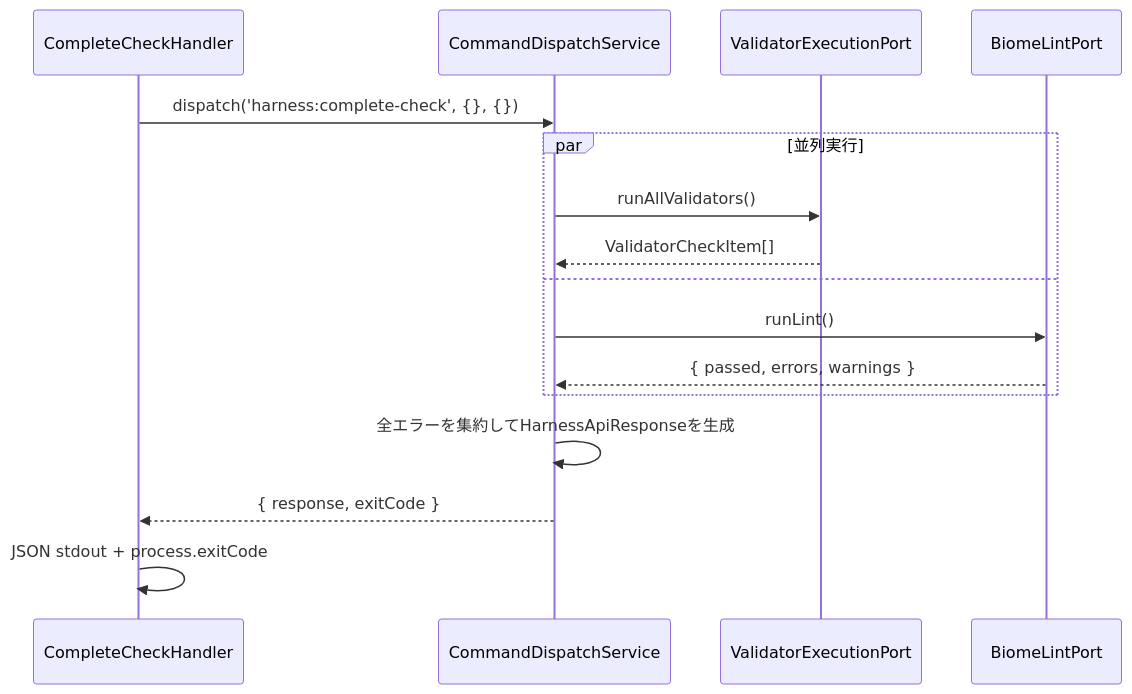
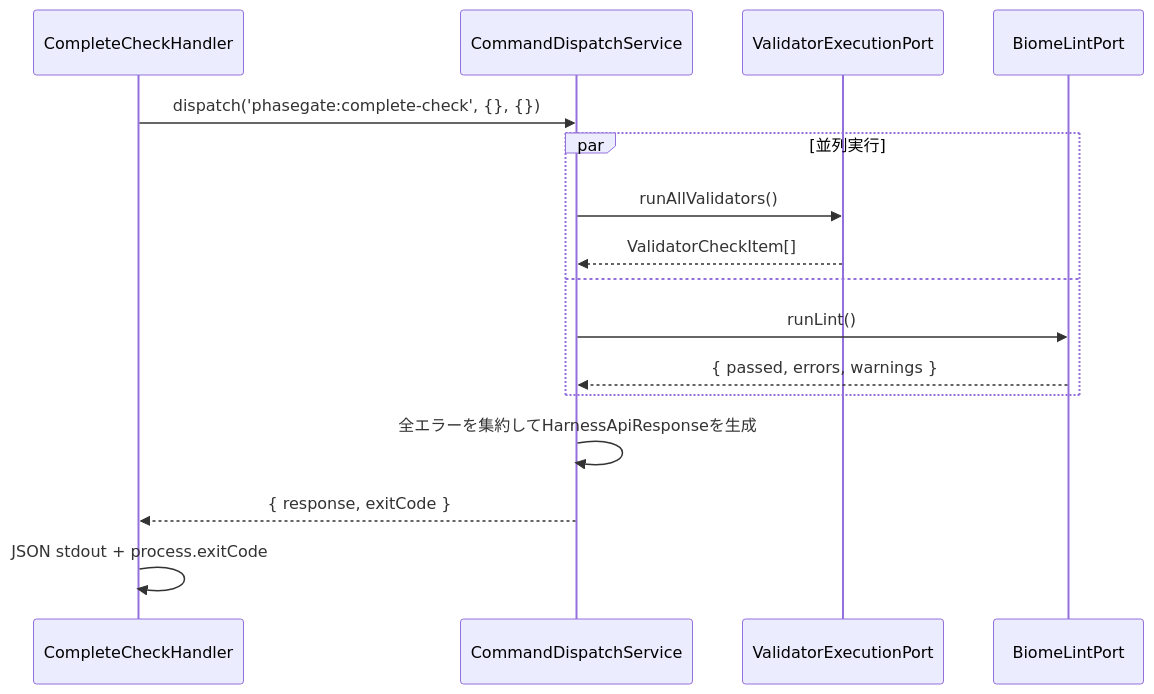
Before and after one commit to junpei-9898/phasegate: the ninth of 10 diagrams in docs/product/construction/harness-api/logical_design.md, drawn with Mermaid. The commit also changed other lines of this file and 181 other files, not shown here.

First line of the commit message:
feat: v0.16.0 — CLI コマンド名を harness から phasegate にリネーム

````diff
--- a/docs/product/construction/harness-api/logical_design.md
+++ b/docs/product/construction/harness-api/logical_design.md
@@ -1528,19 +1528,19 @@
 ```mermaid
 sequenceDiagram
     participant Handler as CompleteCheckHandler
     participant DispatchSvc as CommandDispatchService
     participant ValidatorPort as ValidatorExecutionPort
     participant BiomePort as BiomeLintPort
 
-    Handler->>DispatchSvc: dispatch('harness:complete-check', {}, {})
+    Handler->>DispatchSvc: dispatch('phasegate:complete-check', {}, {})
     par 並列実行
         DispatchSvc->>ValidatorPort: runAllValidators()
         ValidatorPort-->>DispatchSvc: ValidatorCheckItem[]
     and
         DispatchSvc->>BiomePort: runLint()
         BiomePort-->>DispatchSvc: { passed, errors, warnings }
     end
     DispatchSvc->>DispatchSvc: 全エラーを集約してHarnessApiResponseを生成
     DispatchSvc-->>Handler: { response, exitCode }
     Handler->>Handler: JSON stdout + process.exitCode
 ```
````
